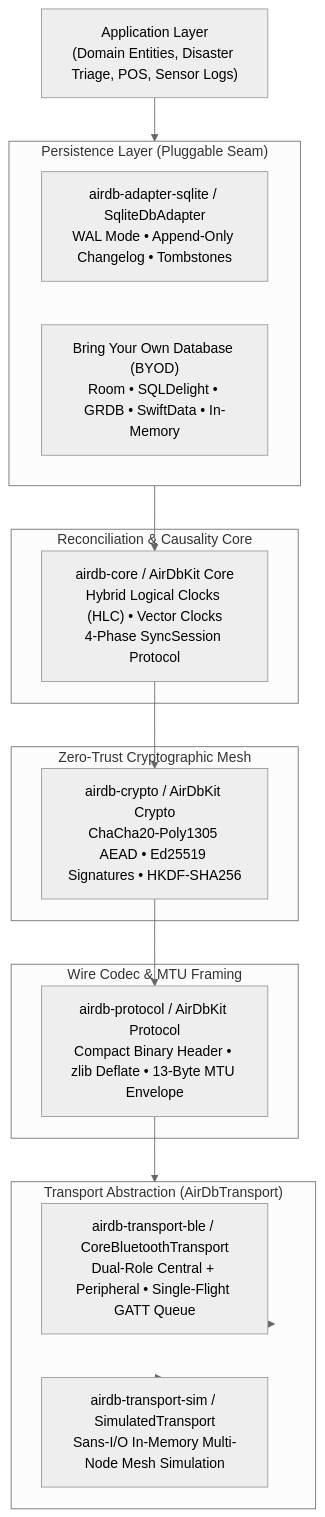
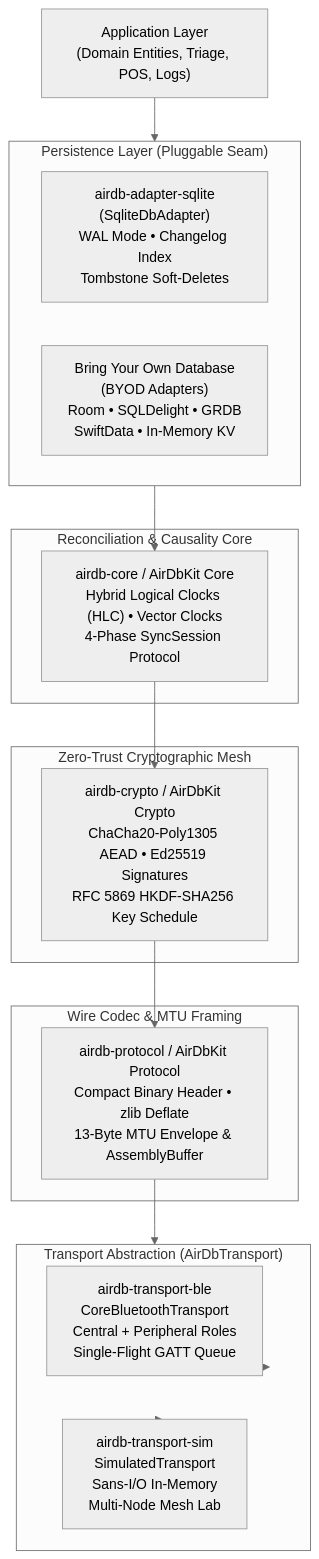
Before and after one commit to untacorp/airdb: the diagram in docs/index.md, drawn with Mermaid (neutral theme). The commit also changed 6 other files, not shown here.

Commit message:
docs: optimize mermaid label wrapping and responsive containment css

````diff
--- a/docs/index.md
+++ b/docs/index.md
@@ -37,34 +37,34 @@
 ```mermaid
 flowchart TD
-    App["Application Layer<br/>(Domain Entities, Disaster Triage, POS, Sensor Logs)"]
+    App["Application Layer<br/>(Domain Entities, Triage, POS, Logs)"]
 
     subgraph PersistenceTier ["Persistence Layer (Pluggable Seam)"]
-        SQLite["airdb-adapter-sqlite / SqliteDbAdapter<br/>WAL Mode • Append-Only Changelog • Tombstones"]
-        BYOD["Bring Your Own Database (BYOD)<br/>Room • SQLDelight • GRDB • SwiftData • In-Memory"]
+        SQLite["airdb-adapter-sqlite<br/>(SqliteDbAdapter)<br/>WAL Mode • Changelog Index<br/>Tombstone Soft-Deletes"]
+        BYOD["Bring Your Own Database<br/>(BYOD Adapters)<br/>Room • SQLDelight • GRDB<br/>SwiftData • In-Memory KV"]
     end
 
     subgraph EngineTier ["Reconciliation & Causality Core"]
         Core["airdb-core / AirDbKit Core<br/>Hybrid Logical Clocks (HLC) • Vector Clocks<br/>4-Phase SyncSession Protocol"]
     end
 
     subgraph SecurityTier ["Zero-Trust Cryptographic Mesh"]
-        Crypto["airdb-crypto / AirDbKit Crypto<br/>ChaCha20-Poly1305 AEAD • Ed25519 Signatures • HKDF-SHA256"]
+        Crypto["airdb-crypto / AirDbKit Crypto<br/>ChaCha20-Poly1305 AEAD • Ed25519 Signatures<br/>RFC 5869 HKDF-SHA256 Key Schedule"]
     end
 
     subgraph ProtocolTier ["Wire Codec & MTU Framing"]
-        Protocol["airdb-protocol / AirDbKit Protocol<br/>Compact Binary Header • zlib Deflate • 13-Byte MTU Envelope"]
+        Protocol["airdb-protocol / AirDbKit Protocol<br/>Compact Binary Header • zlib Deflate<br/>13-Byte MTU Envelope & AssemblyBuffer"]
     end
 
     subgraph TransportTier ["Transport Abstraction (AirDbTransport)"]
-        BLE["airdb-transport-ble / CoreBluetoothTransport<br/>Dual-Role Central + Peripheral • Single-Flight GATT Queue"]
-        Sim["airdb-transport-sim / SimulatedTransport<br/>Sans-I/O In-Memory Multi-Node Mesh Simulation"]
+        BLE["airdb-transport-ble<br/>CoreBluetoothTransport<br/>Central + Peripheral Roles<br/>Single-Flight GATT Queue"]
+        Sim["airdb-transport-sim<br/>SimulatedTransport<br/>Sans-I/O In-Memory<br/>Multi-Node Mesh Lab"]
     end
 
     App --> PersistenceTier
     PersistenceTier --> Core
     Core --> Crypto
     Crypto --> Protocol
     Protocol --> TransportTier
     TransportTier --> BLE
     TransportTier --> Sim
 ```
````
